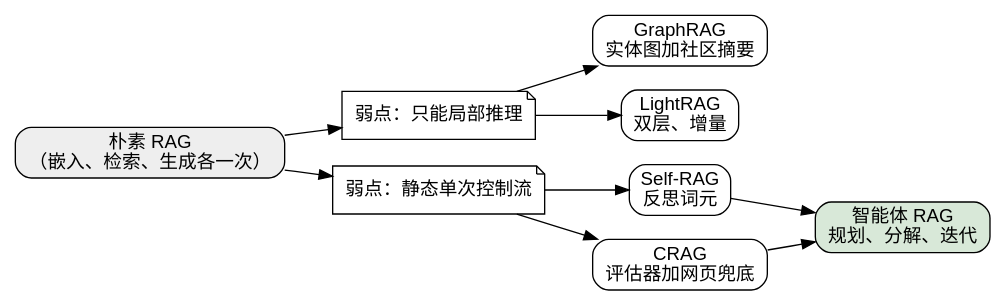
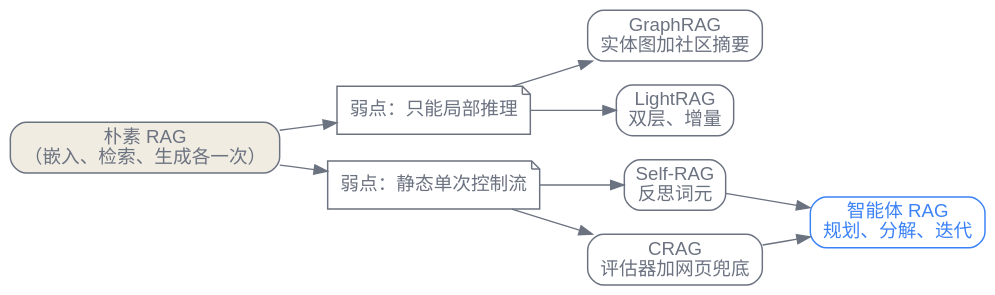
One commit to latere-ai/ai-as-an-infrastructure changed the third of 3 diagrams in zh/p5-orchestration/25-rag-retrieval.qmd. Above: the diagram before and after it, drawn with Graphviz. The commit also changed 186 other files, not shown here.

First line of the commit message:
book: visual audit pass on all diagrams and figures

````diff
--- a/zh/p5-orchestration/25-rag-retrieval.qmd
+++ b/zh/p5-orchestration/25-rag-retrieval.qmd
@@ -151,29 +151,30 @@
 ```{dot}
 //| label: fig-rag-evolution
 //| fig-cap: "领域如何扩展朴素 RAG。三个结构性弱点各自催生一条研究脉络，而纠正性的控制器则推广为智能体回路。"
 digraph rag_evolution {
   rankdir=LR;
-  node [shape=box, style=rounded, fontname="Helvetica"];
-  edge [fontname="Helvetica"];
+  bgcolor="transparent";
+  node [shape=box, style=rounded, fontname="Helvetica", color="#6b7280", fontcolor="#6b7280", penwidth=1.1];
+  edge [color="#6b7280", fontcolor="#6b7280"];
 
-  naive [label="朴素 RAG\n（嵌入、检索、生成各一次）", style="rounded,filled", fillcolor="#eeeeee"];
+  naive [label="朴素 RAG\n（嵌入、检索、生成各一次）", style="rounded,filled", fillcolor="#f1ece1"];
 
   w1 [label="弱点：只能局部推理", shape=note];
   w2 [label="弱点：静态单次控制流", shape=note];
 
   graphrag [label="GraphRAG\n实体图加社区摘要"];
   lightrag [label="LightRAG\n双层、增量"];
   selfrag [label="Self-RAG\n反思词元"];
   crag [label="CRAG\n评估器加网页兜底"];
-  agentic [label="智能体 RAG\n规划、分解、迭代", style="rounded,filled", fillcolor="#d8e8d8"];
+  agentic [label="智能体 RAG\n规划、分解、迭代", color="#3b82f6", fontcolor="#3b82f6"];
 
   naive -> w1;
   naive -> w2;
   w1 -> graphrag;
   w1 -> lightrag;
   w2 -> selfrag;
   w2 -> crag;
   selfrag -> agentic;
   crag -> agentic;
 }
 ```
````
